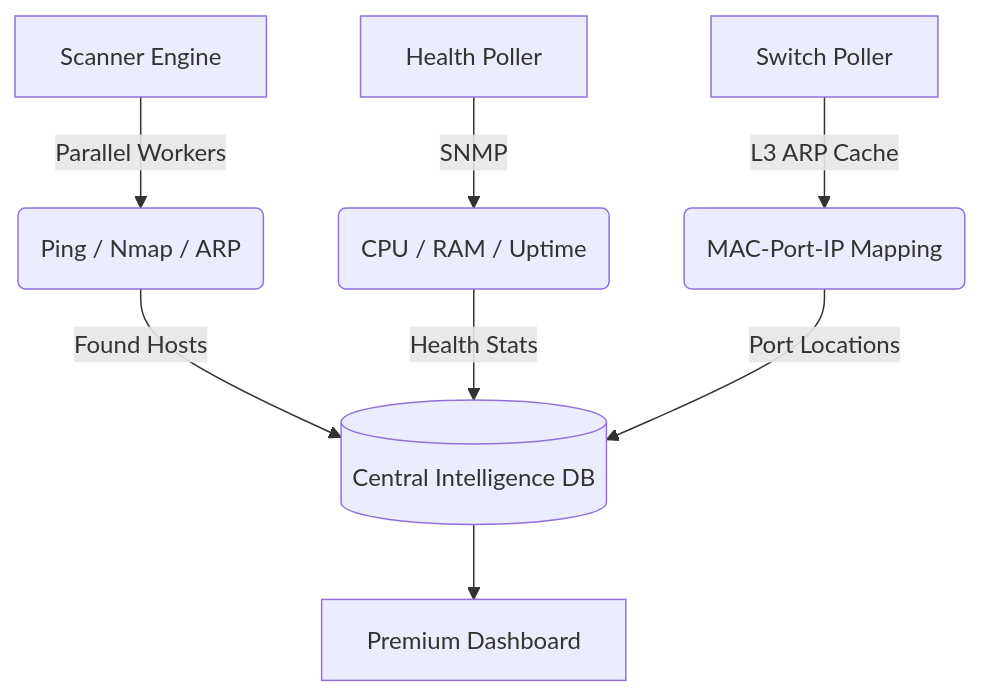
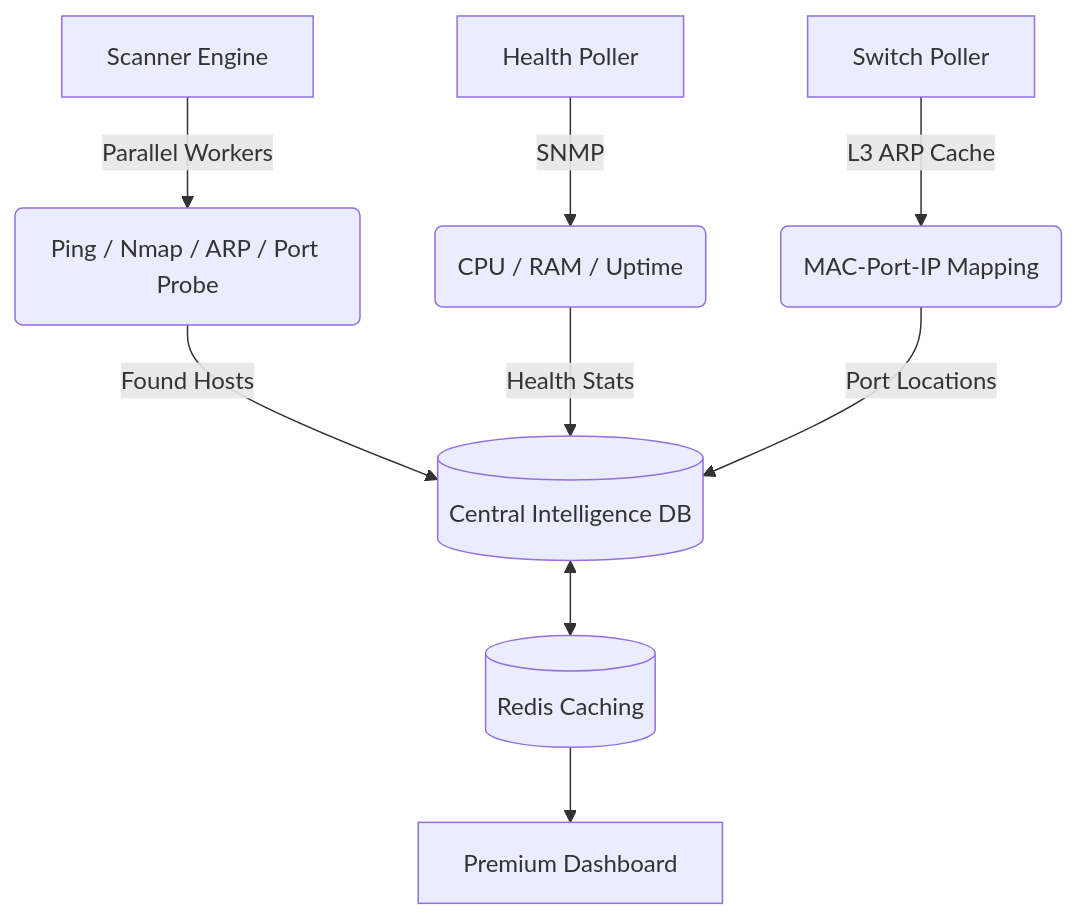
Before and after one commit to frambudi75/IP-Manage: the diagram in README.md, drawn with Mermaid. The commit also changed other lines of this file and 4 other files, not shown here.

````diff
--- a/README.md
+++ b/README.md
@@ -10,10 +10,13 @@
 ```mermaid
 graph TD
-    A[Scanner Engine] -->|Parallel Workers| B(Ping / Nmap / ARP)
+    A[Scanner Engine] -->|Parallel Workers| B(Ping / Nmap / ARP / Port Probe)
     C[Health Poller] -->|SNMP| D(CPU / RAM / Uptime)
     E[Switch Poller] -->|L3 ARP Cache| F(MAC-Port-IP Mapping)
-    B -->|Found Hosts| G[(Central Intelligence DB)]
+    G[(Central Intelligence DB)]
+    R[(Redis Caching)]
+    B -->|Found Hosts| G
     D -->|Health Stats| G
     F -->|Port Locations| G
-    G --> H[Premium Dashboard]
+    G <--> R
+    R --> H[Premium Dashboard]
 ```
````
